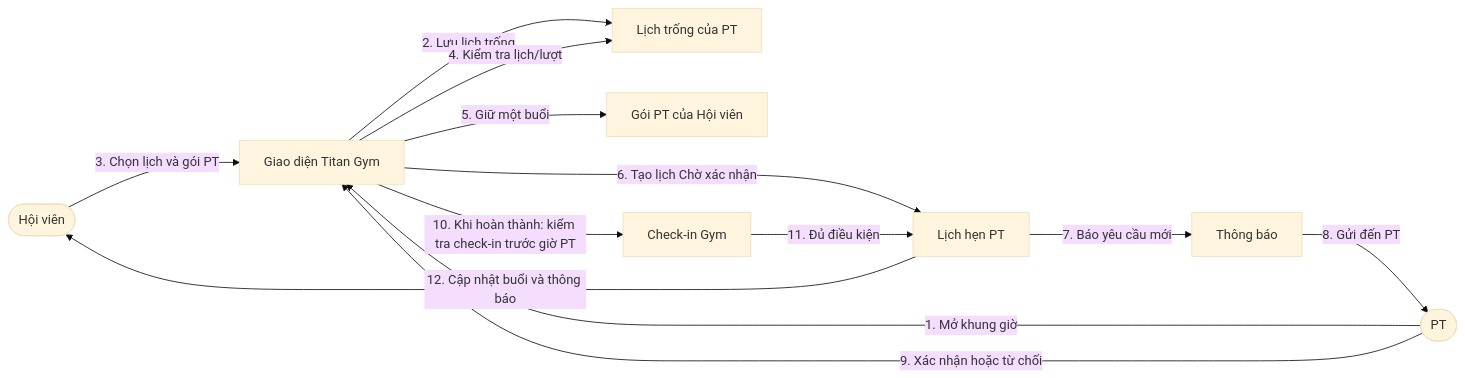
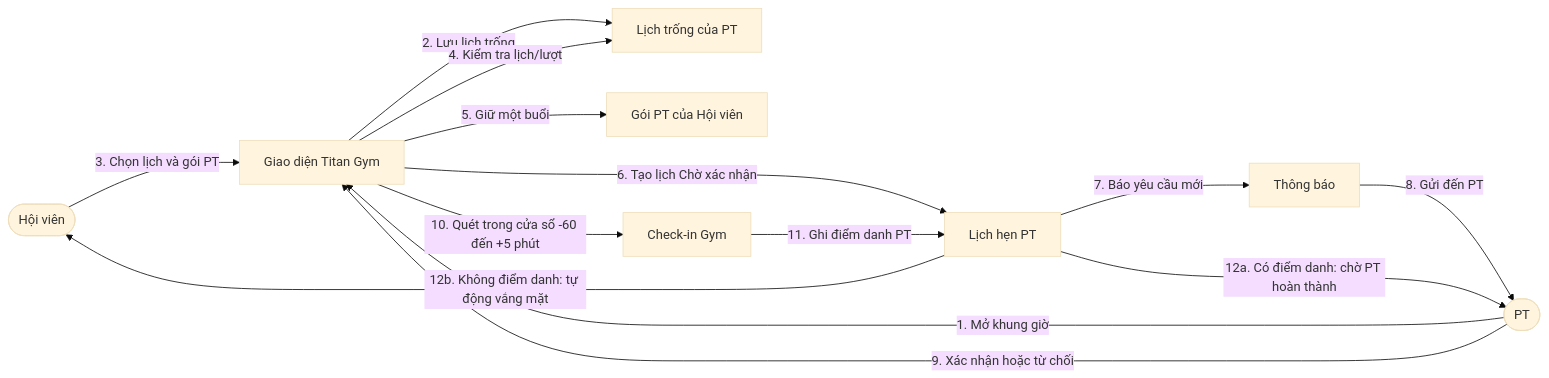
Before and after one commit to vhoanglong54/CNPM_GYM: the second of 5 diagrams in docs/06-UML-Diagrams/Collaboration.md, drawn with Mermaid (base theme). The commit also changed other lines of this file and 8 other files, not shown here.

````diff
--- a/docs/06-UML-Diagrams/Collaboration.md
+++ b/docs/06-UML-Diagrams/Collaboration.md
@@ -33,24 +33,25 @@
 ```mermaid
 flowchart LR
   M([Hội viên])
   T([PT])
   UI[Giao diện Titan Gym]
   SLOT[Lịch trống của PT]
   PACKAGE[Gói PT của Hội viên]
   BOOKING[Lịch hẹn PT]
   CHECKIN[Check-in Gym]
   NOTICE[Thông báo]
 
   T -->|1. Mở khung giờ| UI
   UI -->|2. Lưu lịch trống| SLOT
   M -->|3. Chọn lịch và gói PT| UI
   UI -->|4. Kiểm tra lịch/lượt| SLOT
   UI -->|5. Giữ một buổi| PACKAGE
   UI -->|6. Tạo lịch Chờ xác nhận| BOOKING
   BOOKING -->|7. Báo yêu cầu mới| NOTICE
   NOTICE -->|8. Gửi đến PT| T
   T -->|9. Xác nhận hoặc từ chối| UI
-  UI -->|10. Khi hoàn thành: kiểm tra check-in trước giờ PT| CHECKIN
-  CHECKIN -->|11. Đủ điều kiện| BOOKING
-  BOOKING -->|12. Cập nhật buổi và thông báo| M
+  UI -->|10. Quét trong cửa sổ -60 đến +5 phút| CHECKIN
+  CHECKIN -->|11. Ghi điểm danh PT| BOOKING
+  BOOKING -->|12a. Có điểm danh: chờ PT hoàn thành| T
+  BOOKING -->|12b. Không điểm danh: tự động vắng mặt| M
 ```
````
